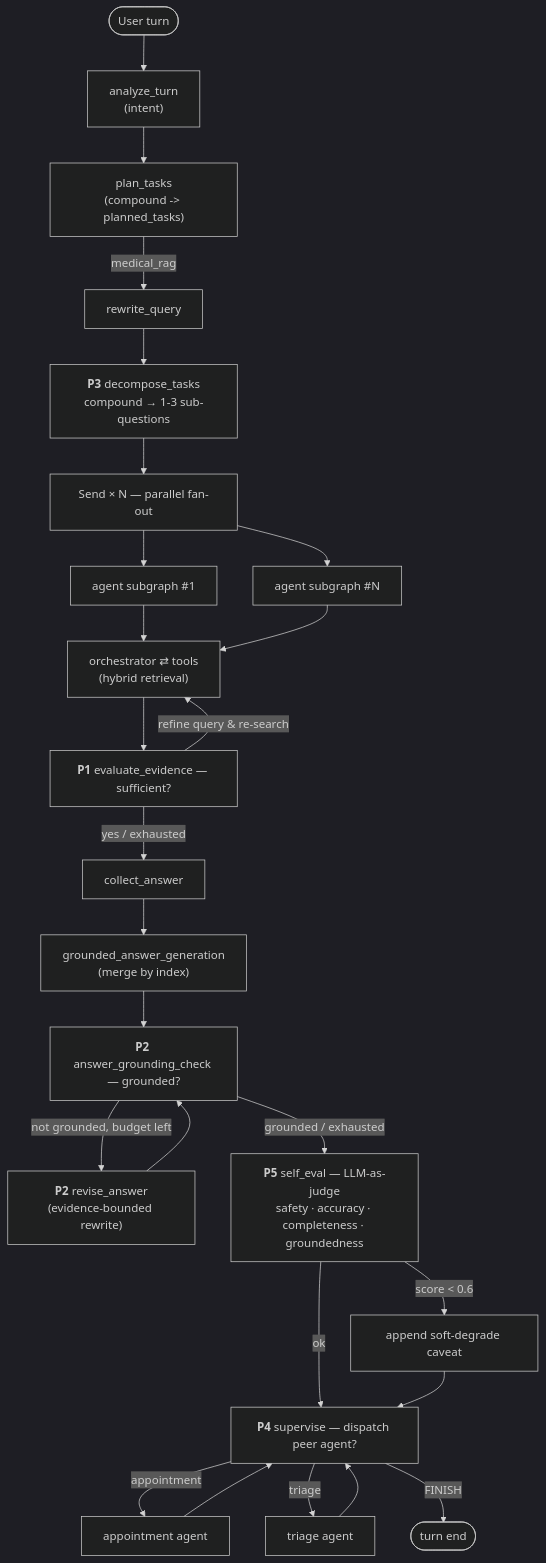
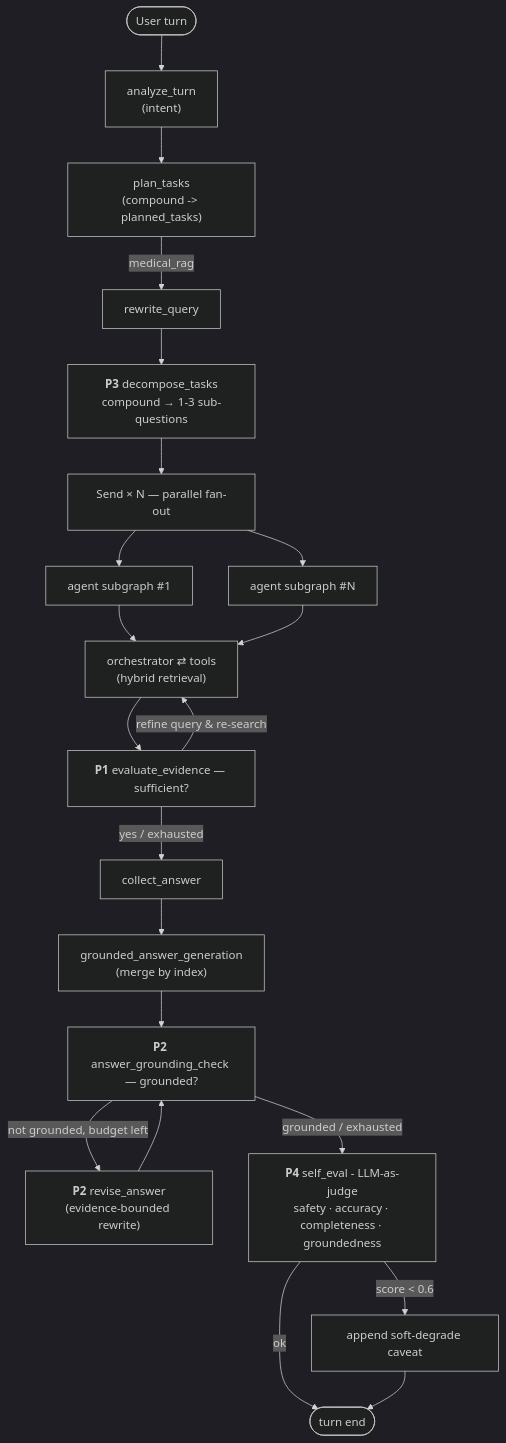
One commit to ouhuzzh/xinyu-medical-agent changed the fifth of 5 diagrams in README.md. Above: the diagram before and after it, drawn with Mermaid (dark theme). The commit also changed other lines of this file and 15 other files, not shown here.

First line of the commit message:
refactor: remove P4 multi-agent supervisor, renumber self-eval to P4

````diff
--- a/README.md
+++ b/README.md
@@ -188,28 +184,23 @@
 ```mermaid
 flowchart TD
     A([User turn]) --> B["analyze_turn<br/>(intent)"]
     B --> PT["plan_tasks<br/>(compound -> planned_tasks)"]
     PT -->|medical_rag| C["rewrite_query"]
     C --> D["<b>P3</b> decompose_tasks<br/>compound → 1-3 sub-questions"]
     D --> E["Send × N — parallel fan-out"]
     E --> F1["agent subgraph #1"]
     E --> F2["agent subgraph #N"]
     F1 --> G["orchestrator ⇄ tools<br/>(hybrid retrieval)"]
     F2 --> G
     G --> H["<b>P1</b> evaluate_evidence — sufficient?"]
     H -->|refine query & re-search| G
     H -->|yes / exhausted| I["collect_answer"]
     I --> J["grounded_answer_generation<br/>(merge by index)"]
     J --> K["<b>P2</b> answer_grounding_check — grounded?"]
     K -->|not grounded, budget left| L["<b>P2</b> revise_answer<br/>(evidence-bounded rewrite)"]
     L --> K
-    K -->|grounded / exhausted| M["<b>P5</b> self_eval — LLM-as-judge<br/>safety · accuracy · completeness · groundedness"]
+    K -->|grounded / exhausted| M["<b>P4</b> self_eval - LLM-as-judge<br/>safety · accuracy · completeness · groundedness"]
     M -->|score &lt; 0.6| N["append soft-degrade caveat"]
-    M -->|ok| O
-    N --> O["<b>P4</b> supervise — dispatch peer agent?"]
-    O -->|appointment| P["appointment agent"]
-    O -->|triage| Q["triage agent"]
-    O -->|FINISH| Z([turn end])
-    P --> O
-    Q --> O
+    M -->|ok| Z([turn end])
+    N --> Z
 ```
````
